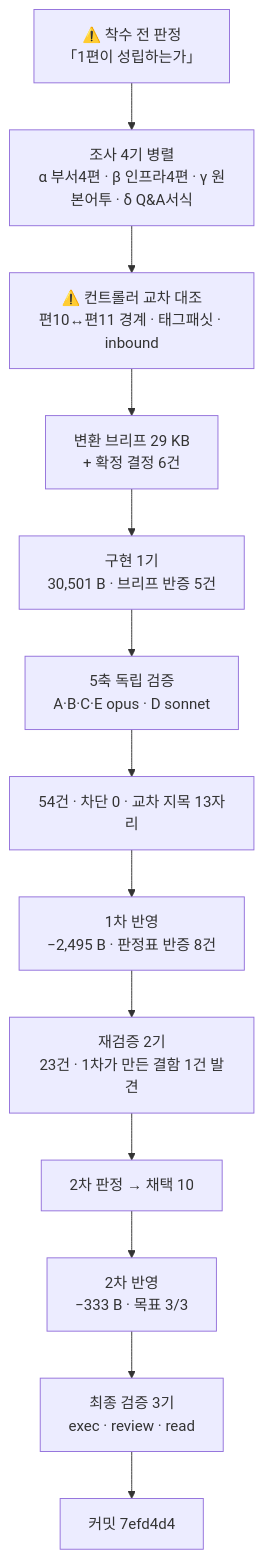
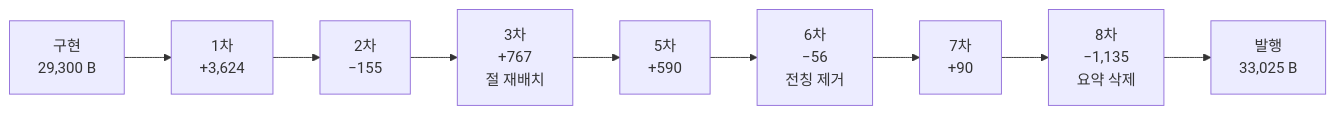
Before and after one commit to withwooyong/withwooyong.github.io: the diagram in HANDOFF.md, drawn with Mermaid. The commit also changed other lines of this file, not shown here.

````diff
--- a/HANDOFF.md
+++ b/HANDOFF.md
@@ -19,15 +26,11 @@
 ```mermaid
-flowchart TD
-    J["⚠️ 착수 전 판정<br/>「1편이 성립하는가」"] --> S["조사 4기 병렬<br/>α 부서4편 · β 인프라4편 · γ 원본어투 · δ Q&A서식"]
-    S --> X["⚠️ 컨트롤러 교차 대조<br/>편10↔편11 경계 · 태그패싯 · inbound"]
-    X --> B["변환 브리프 29 KB<br/>+ 확정 결정 6건"]
-    B --> C["구현 1기<br/>30,501 B · 브리프 반증 5건"]
-    C --> V["5축 독립 검증<br/>A·B·C·E opus · D sonnet"]
-    V --> J1["54건 · 차단 0 · 교차 지목 13자리"]
-    J1 --> F1["1차 반영<br/>−2,495 B · 판정표 반증 8건"]
-    F1 --> R["재검증 2기<br/>23건 · 1차가 만든 결함 1건 발견"]
-    R --> J2["2차 판정 → 채택 10"]
-    J2 --> F2["2차 반영<br/>−333 B · 목표 3/3"]
-    F2 --> FV["최종 검증 3기<br/>exec · review · read"]
-    FV --> CM["커밋 7efd4d4"]
+flowchart LR
+    C["구현<br/>29,300 B"] --> F1["1차<br/>+3,624"]
+    F1 --> F2["2차<br/>−155"]
+    F2 --> F3["3차<br/>+767<br/>절 재배치"]
+    F3 --> F5["5차<br/>+590"]
+    F5 --> F6["6차<br/>−56<br/>전칭 제거"]
+    F6 --> F7["7차<br/>+90"]
+    F7 --> F8["8차<br/>−1,135<br/>요약 삭제"]
+    F8 --> D["발행<br/>33,025 B"]
 ```
````
